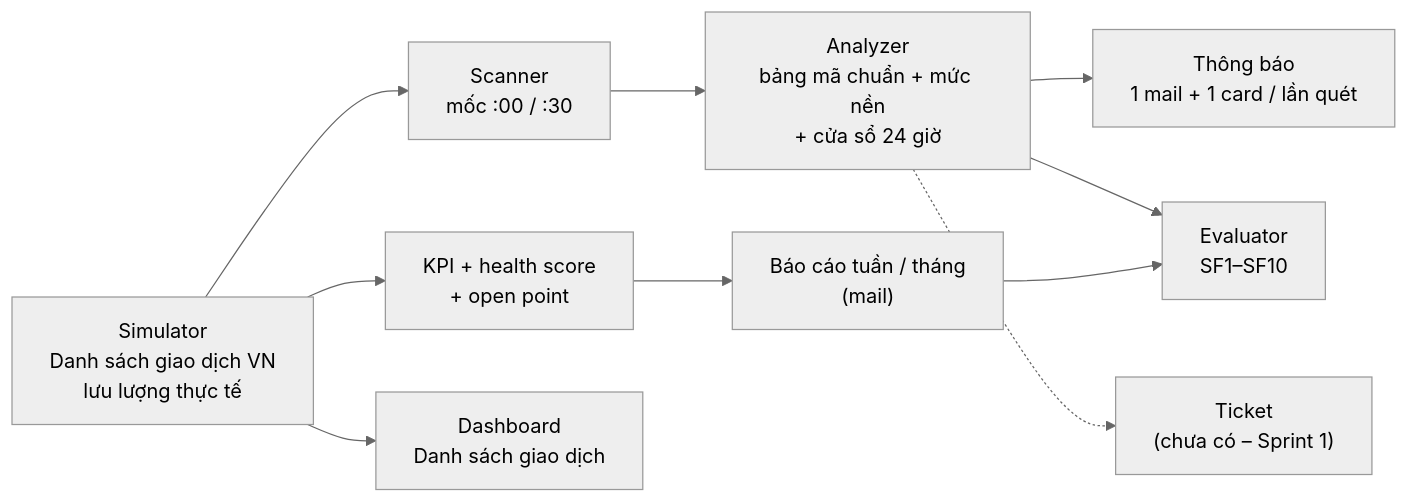
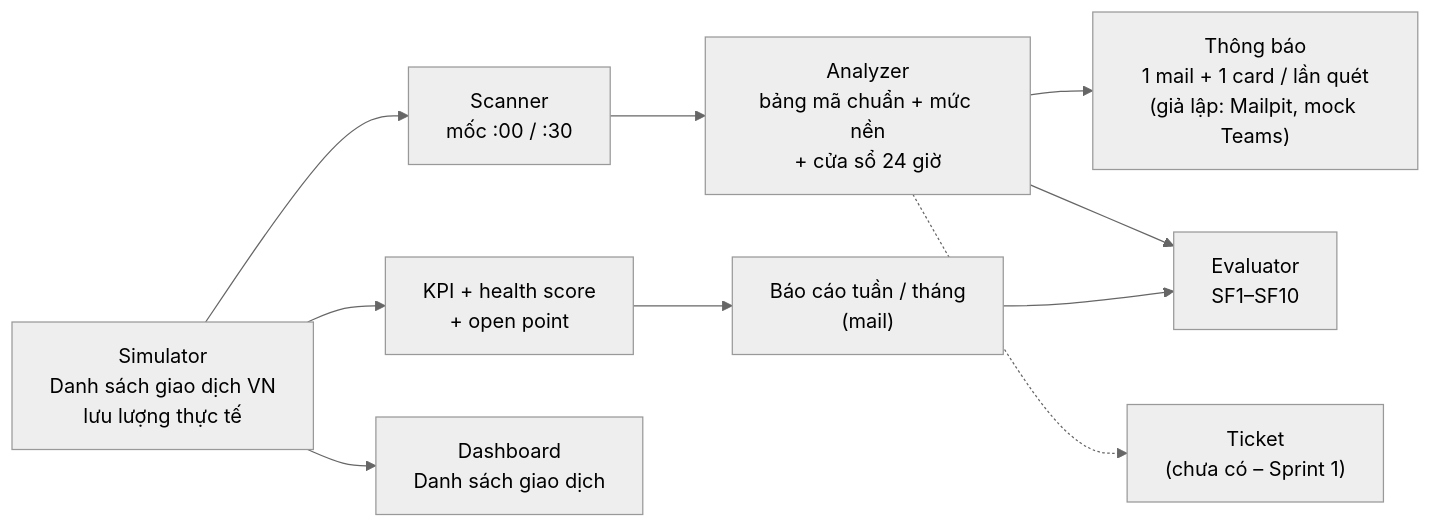
Before and after one commit to khangnguyenthe18/NguyenTheKhang_VSF_ASE: the diagram in docs/GATE1_REPORT.md, drawn with Mermaid (neutral theme).

Commit message:
docs: so do Gate 1 ghi ro kenh thong bao la gia lap

````diff
--- a/docs/GATE1_REPORT.md
+++ b/docs/GATE1_REPORT.md
@@ -23,18 +23,18 @@
 ```mermaid
 flowchart LR
     SIM["Simulator<br/>Danh sách giao dịch VN<br/>lưu lượng thực tế"]
     SCAN["Scanner<br/>mốc :00 / :30"]
     ANA["Analyzer<br/>bảng mã chuẩn + mức nền<br/>+ cửa sổ 24 giờ"]
-    NOTI["Thông báo<br/>1 mail + 1 card / lần quét"]
+    NOTI["Thông báo<br/>1 mail + 1 card / lần quét<br/>(giả lập: Mailpit, mock Teams)"]
     KPI["KPI + health score<br/>+ open point"]
     REP["Báo cáo tuần / tháng<br/>(mail)"]
     DASH["Dashboard<br/>Danh sách giao dịch"]
     EVAL["Evaluator<br/>SF1–SF10"]
     TICK["Ticket<br/>(chưa có – Sprint 1)"]
     SIM --> SCAN --> ANA --> NOTI
     SIM --> KPI --> REP
     SIM --> DASH
     ANA --> EVAL
     ANA -.-> TICK
     REP --> EVAL
 ```
````
